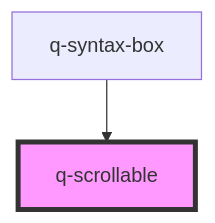
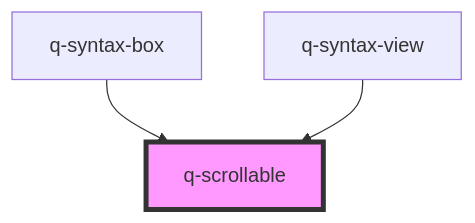
One commit to XsAndre-L/WebQuark changed the diagram in src/browser/components/layout/scrollable/readme.md. Above: the diagram before and after it, drawn with Mermaid. The commit also changed other lines of this file and 67 other files, not shown here.

````diff
--- a/src/browser/components/layout/scrollable/readme.md
+++ b/src/browser/components/layout/scrollable/readme.md
@@ -84,5 +85,6 @@
 ```mermaid
 graph TD;
   q-syntax-box --> q-scrollable
+  q-syntax-view --> q-scrollable
   style q-scrollable fill:#f9f,stroke:#333,stroke-width:4px
 ```
````
